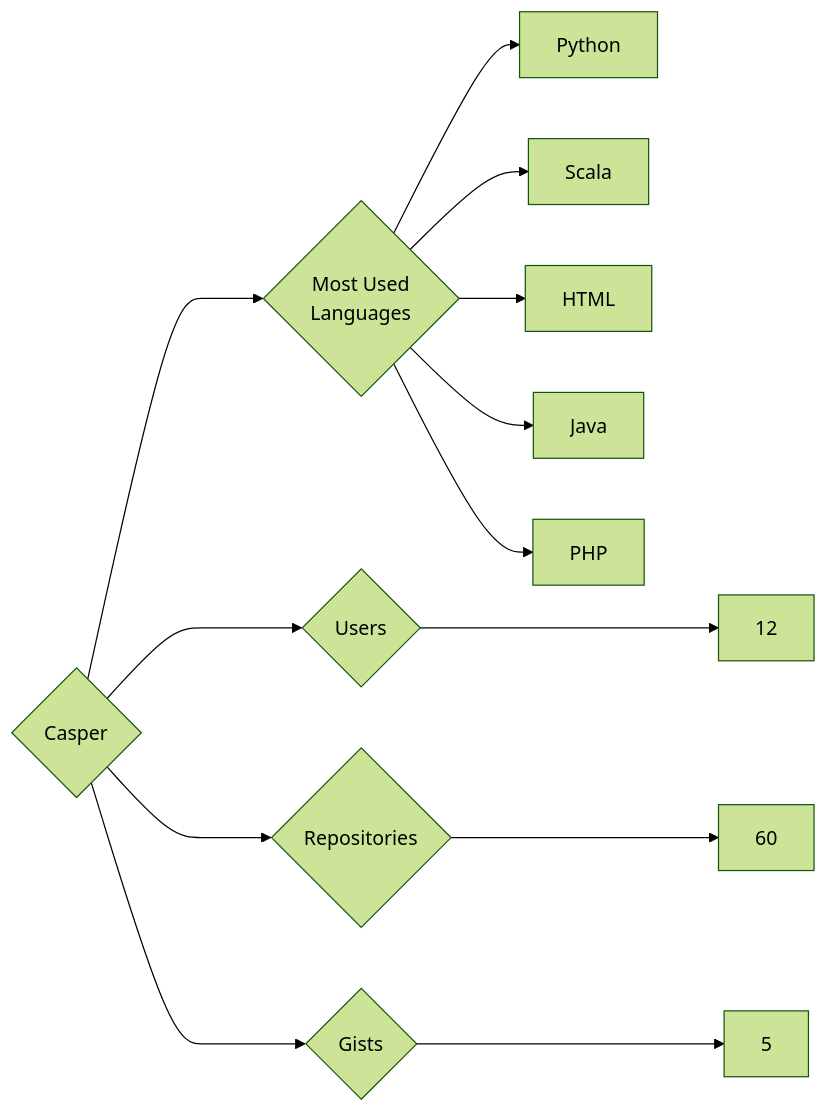
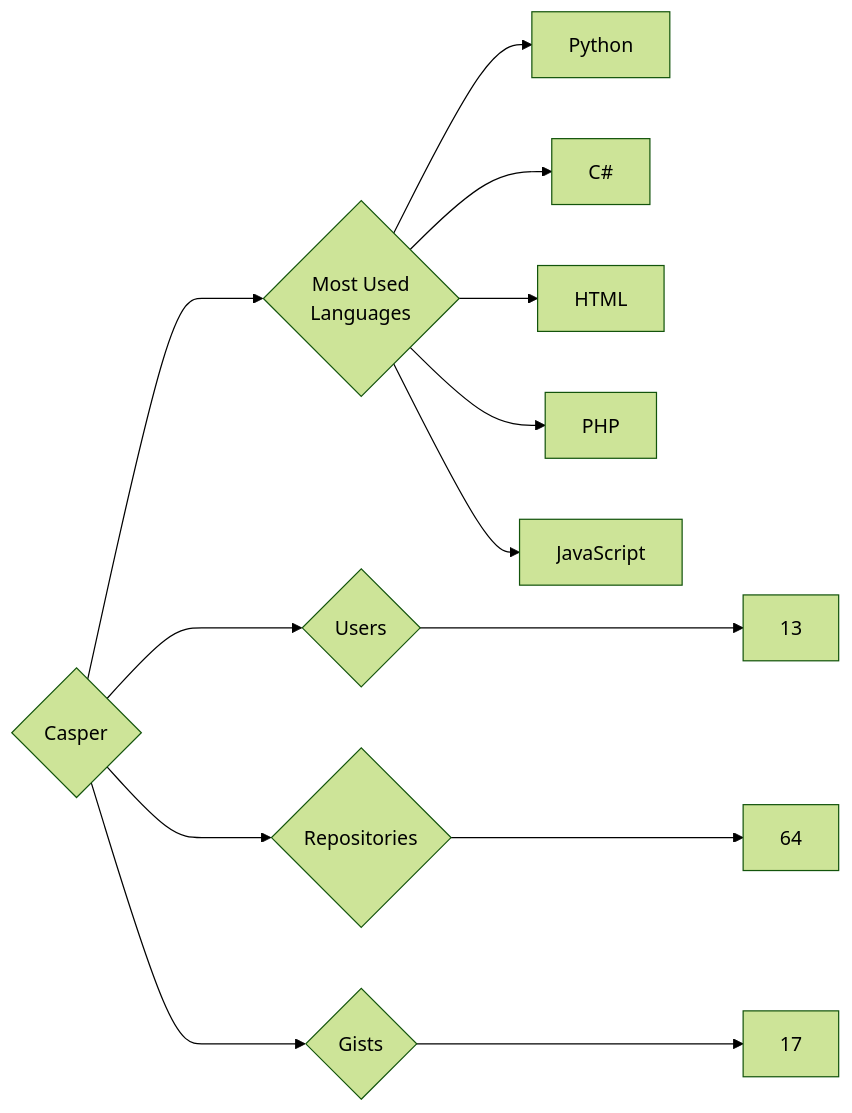
One commit to trickest/insiders changed the diagram in targets/Casper/README.md. Above: the diagram before and after it, drawn with Mermaid (forest theme). The commit also changed 736 other files, not shown here.

````diff
--- a/targets/Casper/README.md
+++ b/targets/Casper/README.md
@@ -3,13 +3,13 @@
 ```mermaid
 graph LR
 COMPANY_NAME{Casper}
-COMPANY_NAME ---> U{Users} ---> UN[12]
-COMPANY_NAME ---> R{Repositories} ---> RN[60]
-COMPANY_NAME ---> G{Gists} ---> GN[5]
+COMPANY_NAME ---> U{Users} ---> UN[13]
+COMPANY_NAME ---> R{Repositories} ---> RN[64]
+COMPANY_NAME ---> G{Gists} ---> GN[17]
 COMPANY_NAME ---> ML{Most Used<br>Languages}
 ML --> Python[Python]
-ML --> Scala[Scala]
+ML --> C#[C#]
 ML --> HTML[HTML]
-ML --> Java[Java]
 ML --> PHP[PHP]
+ML --> JavaScript[JavaScript]
 ```
````
